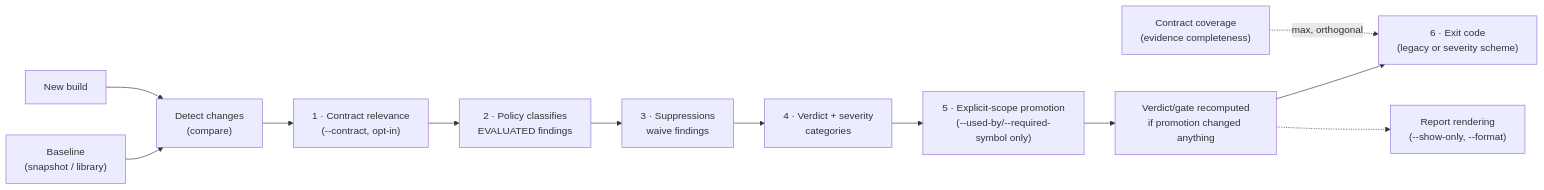
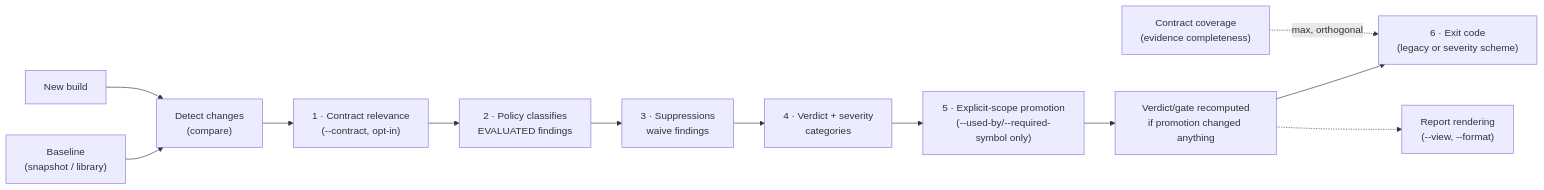
The diagram in docs/use/ci-gating.md (abicheck/abicheck), drawn with Mermaid before and after one commit. The commit also changed other lines of this file and 22 other files, not shown here.

First line of the commit message:
docs: update CLI reference, schemas, and skill docs for compare --view/AUTO flags

````diff
--- a/docs/use/ci-gating.md
+++ b/docs/use/ci-gating.md
@@ -26,14 +26,14 @@
 ```mermaid
 flowchart LR
     B["Baseline<br/>(snapshot / library)"] --> D["Detect changes<br/>(compare)"]
     N["New build"] --> D
     D --> CR["1 · Contract relevance<br/>(--contract, opt-in)"]
     CR --> P["2 · Policy classifies<br/>EVALUATED findings"]
     P --> S["3 · Suppressions<br/>waive findings"]
     S --> V["4 · Verdict + severity<br/>categories"]
     V --> PR["5 · Explicit-scope promotion<br/>(--used-by/--required-symbol only)"]
     PR --> V2["Verdict/gate recomputed<br/>if promotion changed anything"]
     V2 --> E["6 · Exit code<br/>(legacy or severity scheme)"]
     CC["Contract coverage<br/>(evidence completeness)"] -.->|max, orthogonal| E
-    V2 -.-> R["Report rendering<br/>(--show-only, --format)"]
+    V2 -.-> R["Report rendering<br/>(--view, --format)"]
 ```
````
